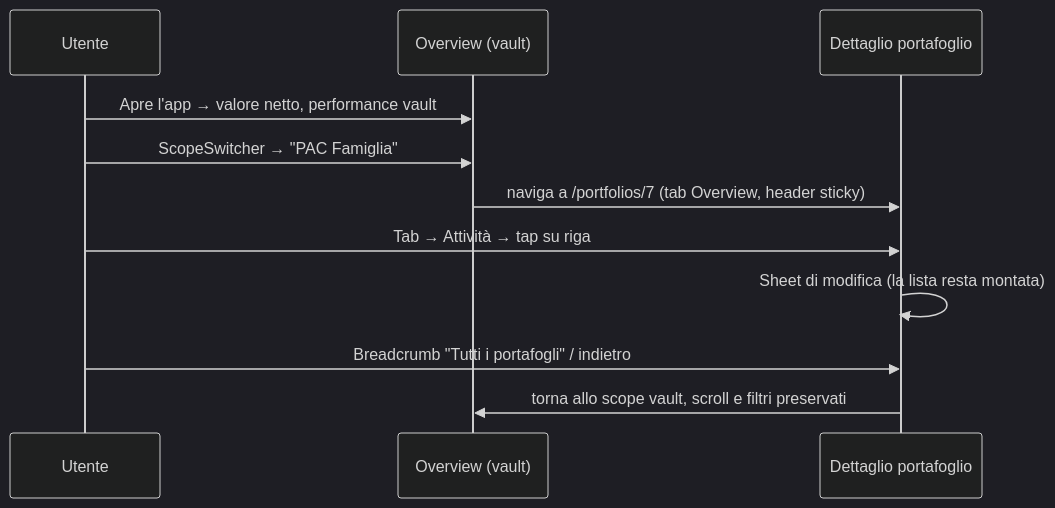
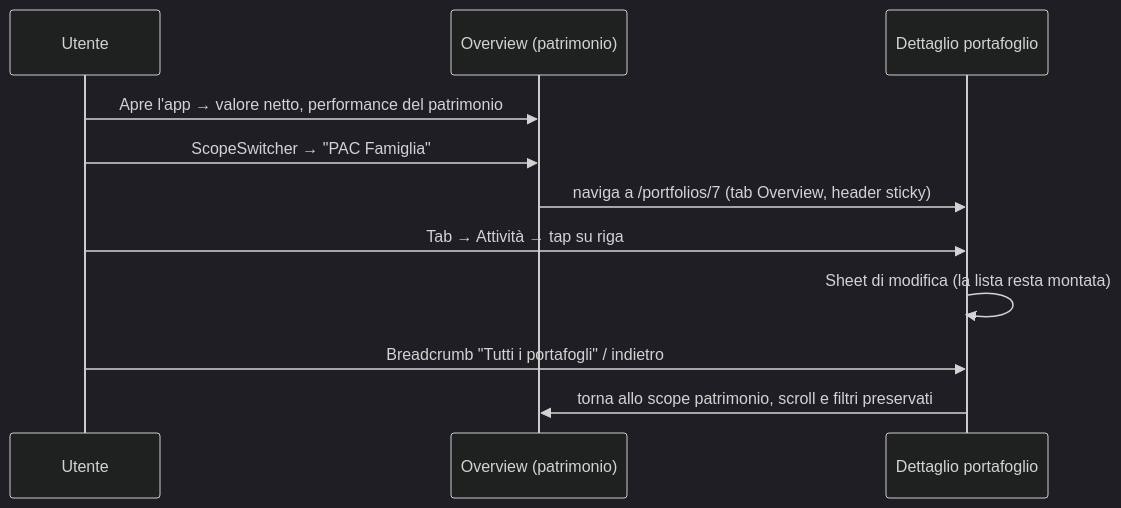
Before and after one commit to alv67/vault-lab: the fourth of 8 diagrams in docs/UX-REDESIGN.it.md, drawn with Mermaid (dark theme). The commit also changed other lines of this file and 47 other files, not shown here.

First line of the commit message:
refactor: rename the app from VaultLab to Peculium

````diff
--- a/docs/UX-REDESIGN.it.md
+++ b/docs/UX-REDESIGN.it.md
@@ -229,13 +229,13 @@
 ```mermaid
 sequenceDiagram
     participant U as Utente
-    participant OV as Overview (vault)
+    participant OV as Overview (patrimonio)
     participant PD as Dettaglio portafoglio
-    U->>OV: Apre l'app → valore netto, performance vault
+    U->>OV: Apre l'app → valore netto, performance del patrimonio
     U->>OV: ScopeSwitcher → "PAC Famiglia"
     OV->>PD: naviga a /portfolios/7 (tab Overview, header sticky)
     U->>PD: Tab → Attività → tap su riga
     PD->>PD: Sheet di modifica (la lista resta montata)
     U->>PD: Breadcrumb "Tutti i portafogli" / indietro
-    PD->>OV: torna allo scope vault, scroll e filtri preservati
+    PD->>OV: torna allo scope patrimonio, scroll e filtri preservati
 ```
````
